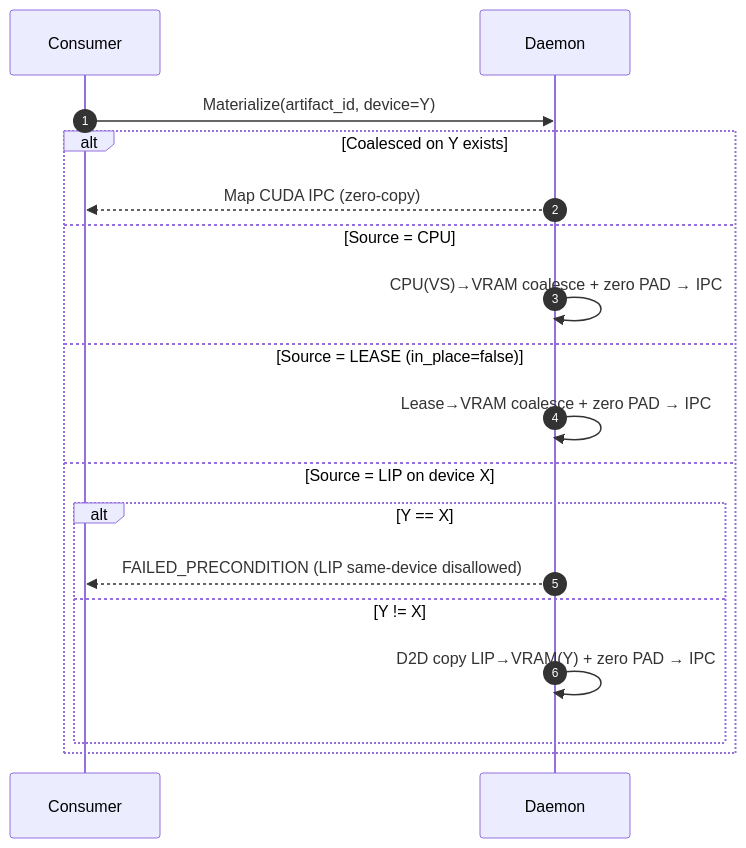
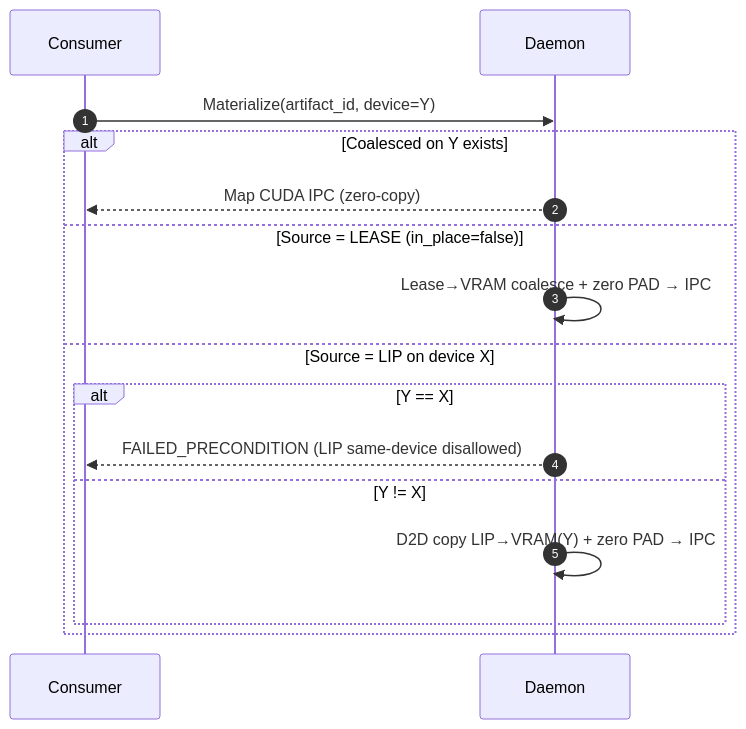
The second of 2 diagrams in docs/designs/0003-unified-memory-registration-avbs-lip.md (tensorcast-ai/tensorcast), drawn with Mermaid before and after one commit. The commit also changed other lines of this file and 10 other files, not shown here.

````diff
--- a/docs/designs/0003-unified-memory-registration-avbs-lip.md
+++ b/docs/designs/0003-unified-memory-registration-avbs-lip.md
@@ -146,21 +136,19 @@
 ```mermaid
 sequenceDiagram
   autonumber
   participant CON as Consumer
   participant DM as Daemon
 
   CON->>DM: Materialize(artifact_id, device=Y)
   alt Coalesced on Y exists
     DM-->>CON: Map CUDA IPC (zero‑copy)
-  else Source = CPU
-    DM->>DM: CPU(VS)→VRAM coalesce + zero PAD → IPC
   else Source = LEASE (in_place=false)
     DM->>DM: Lease→VRAM coalesce + zero PAD → IPC
   else Source = LIP on device X
     alt Y == X
       DM-->>CON: FAILED_PRECONDITION (LIP same‑device disallowed)
     else Y != X
       DM->>DM: D2D copy LIP→VRAM(Y) + zero PAD → IPC
     end
   end
 ```
````
